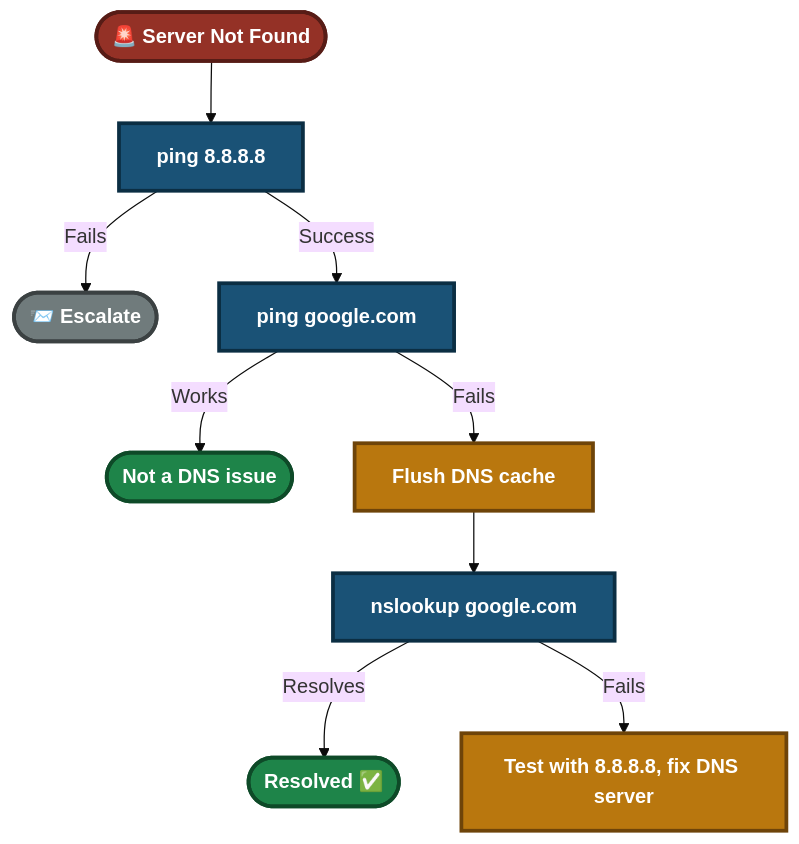
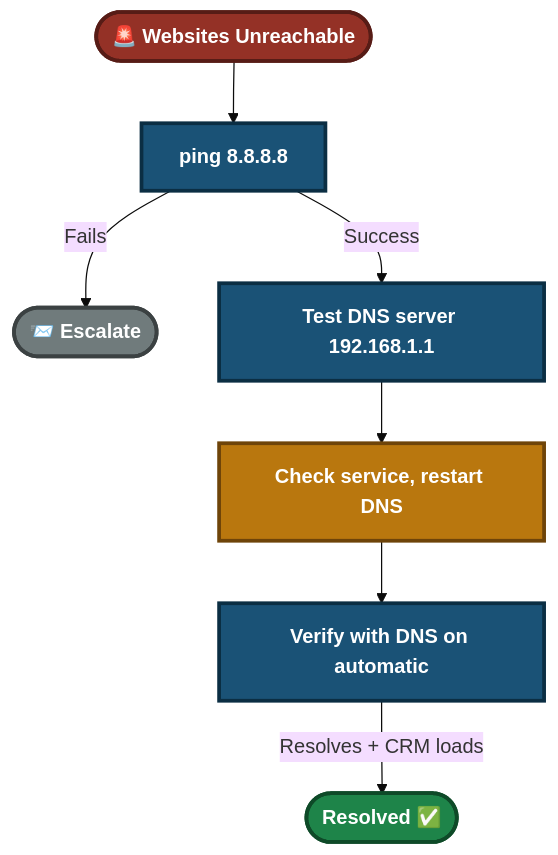
Before and after one commit to malaika-azhar/Customer-Tech-Support-Portfolio: the sixth of 6 diagrams in 01-video-knowledge-base/01.1-DNS-Resolution-Issue.md, drawn with Mermaid (base theme). The commit also changed other lines of this file, not shown here.

````diff
--- a/01-video-knowledge-base/01.1-DNS-Resolution-Issue.md
+++ b/01-video-knowledge-base/01.1-DNS-Resolution-Issue.md
@@ -307,17 +416,15 @@
 ```mermaid
 flowchart TD
-    Start(["🚨 Server Not Found"]):::start --> A["ping 8.8.8.8"]:::step
-    A -->|Fails| C(["📨 Escalate"]):::esc
-    A -->|Success| B["ping google.com"]:::step
-    B -->|Works| E(["Not a DNS issue"]):::ok
-    B -->|Fails| D["Flush DNS cache"]:::fix
-    D --> F["nslookup google.com"]:::step
-    F -->|Resolves| G(["Resolved ✅"]):::ok
-    F -->|Fails| H["Test with 8.8.8.8, fix DNS server"]:::fix
+    Start(["🚨 Websites Unreachable"]):::start --> A["ping 8.8.8.8"]:::step
+    A -->|Fails| N(["📨 Escalate"]):::esc
+    A -->|Success| C["Test DNS server 192.168.1.1"]:::step
+    C --> D["Check service, restart DNS"]:::fix
+    D --> F["Verify with DNS on automatic"]:::step
+    F -->|Resolves + CRM loads| End1(["Resolved ✅"]):::ok
 
     classDef start fill:#943126,stroke:#571C16,stroke-width:3px,color:#FFFFFF,font-weight:bold
     classDef step fill:#1A5276,stroke:#0B2E43,stroke-width:3px,color:#FFFFFF,font-weight:bold
     classDef fix fill:#B9770E,stroke:#6E4409,stroke-width:3px,color:#FFFFFF,font-weight:bold
     classDef ok fill:#1E8449,stroke:#0E4A28,stroke-width:3px,color:#FFFFFF,font-weight:bold
     classDef esc fill:#707B7C,stroke:#3B4142,stroke-width:3px,color:#FFFFFF,font-weight:bold
 ```
````
